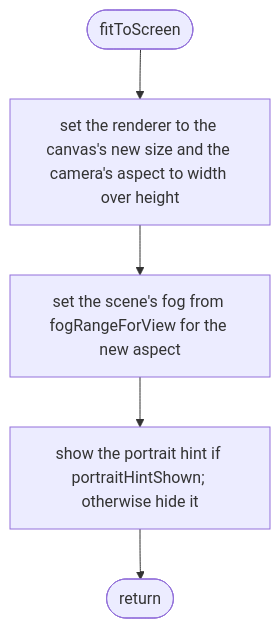
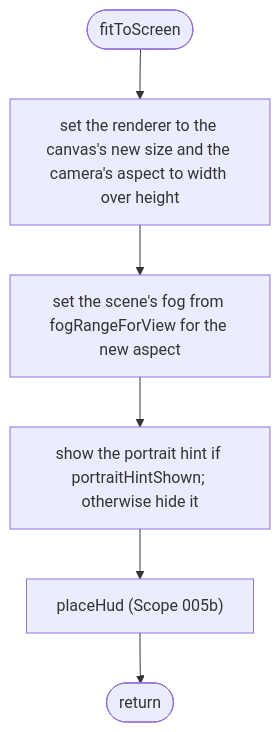
Before and after one commit to NewDara-Star/world-engine: the fifth of 6 diagrams in docs/designs/src/game/main.md, drawn with Mermaid. The commit also changed other lines of this file and 58 other files, not shown here.

````diff
--- a/docs/designs/src/game/main.md
+++ b/docs/designs/src/game/main.md
@@ -84,9 +86,10 @@
 ```mermaid
 flowchart TD
   s(["fitToScreen"])
   a["set the renderer to the canvas's new size and the camera's aspect to width over height"]
   b["set the scene's fog from fogRangeForView for the new aspect"]
   c["show the portrait hint if portraitHintShown; otherwise hide it"]
+  e["placeHud (Scope 005b)"]
   d(["return"])
-  s --> a --> b --> c --> d
+  s --> a --> b --> c --> e --> d
 ```
````
